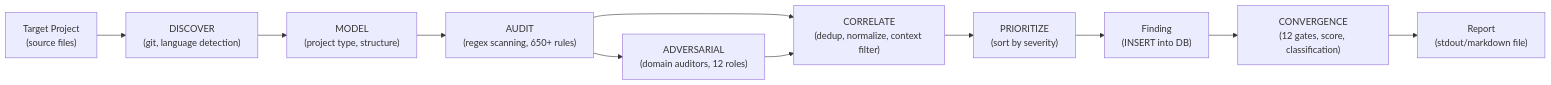
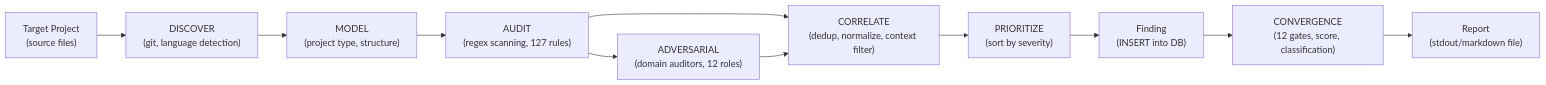
The diagram in docs/dfd/README.md (masrizram/aura), drawn with Mermaid before and after one commit. The commit also changed 34 other files, not shown here.

First line of the commit message:
feat: v3.5.1 — architecture hardening cycle (IMP-01..IMP-09)

````diff
--- a/docs/dfd/README.md
+++ b/docs/dfd/README.md
@@ -12,13 +12,13 @@
 ```mermaid
 graph LR
     REPO["Target Project\n(source files)"] --> DISCOVER["DISCOVER\n(git, language detection)"]
     DISCOVER --> MODEL["MODEL\n(project type, structure)"]
-    MODEL --> AUDIT["AUDIT\n(regex scanning, 650+ rules)"]
+    MODEL --> AUDIT["AUDIT\n(regex scanning, 127 rules)"]
     AUDIT --> ADV["ADVERSARIAL\n(domain auditors, 12 roles)"]
     AUDIT --> CORRELATE["CORRELATE\n(dedup, normalize, context filter)"]
     ADV --> CORRELATE
     CORRELATE --> PRIORITIZE["PRIORITIZE\n(sort by severity)"]
     PRIORITIZE --> FINDING["Finding\n(INSERT into DB)"]
     FINDING --> CONVERGENCE["CONVERGENCE\n(12 gates, score, classification)"]
     CONVERGENCE --> REPORT["Report\n(stdout/markdown file)"]
 ```
````
